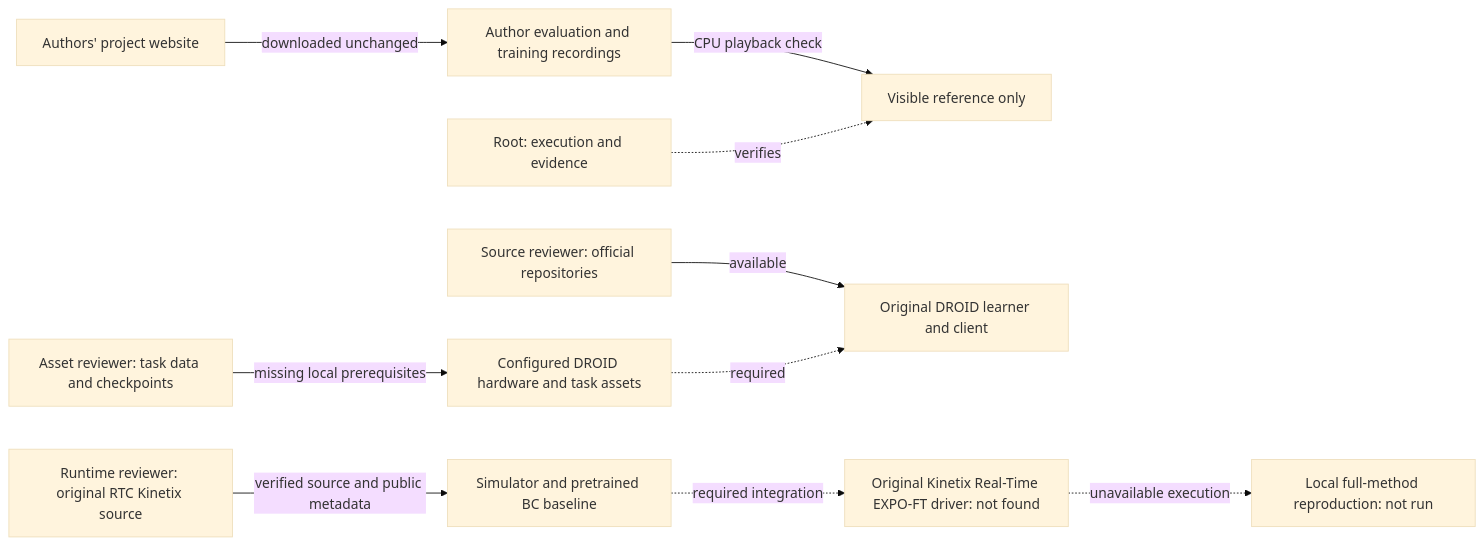
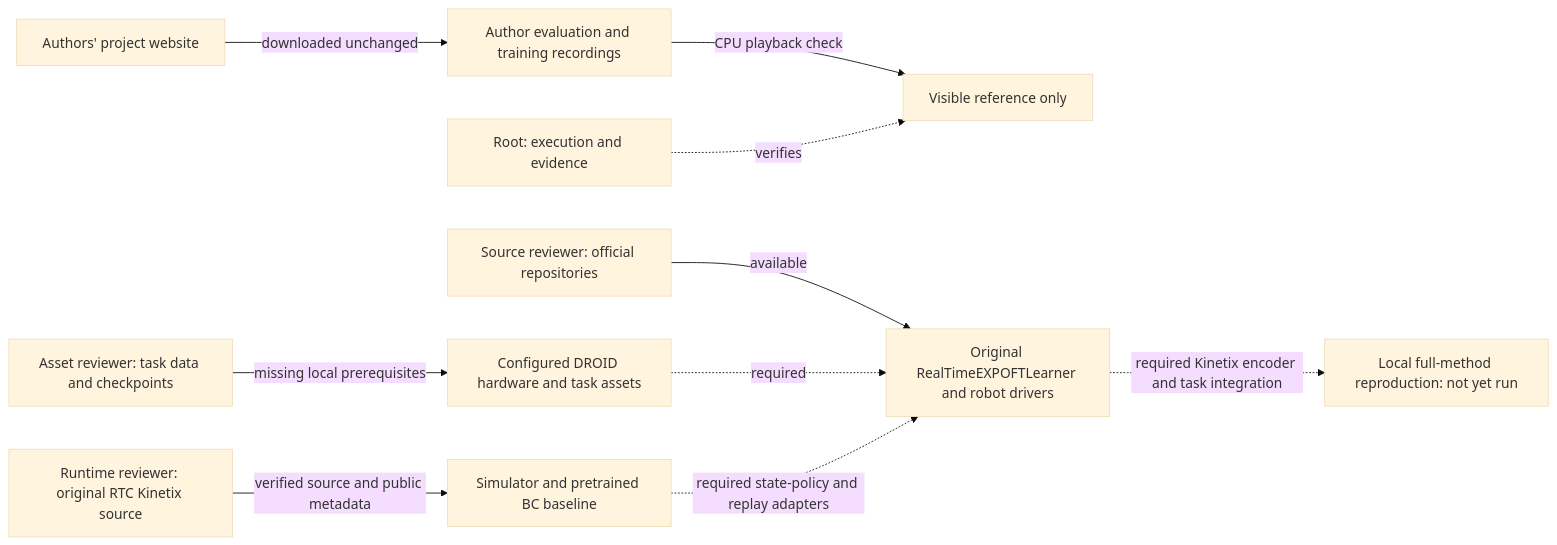
One commit to aditya9729/abc changed the diagram in docs/bench/REALTIME_AUTHOR_EXPERIMENTS_20261013.mmd. Above: the diagram before and after it, drawn with Mermaid (base theme). The commit also changed 3 other files, not shown here.

Commit message:
docs: correct Real-Time EXPO learner reuse boundary

```diff
--- a/docs/bench/REALTIME_AUTHOR_EXPERIMENTS_20261013.mmd
+++ b/docs/bench/REALTIME_AUTHOR_EXPERIMENTS_20261013.mmd
@@ -1,10 +1,10 @@
 flowchart LR
     W[Authors' project website] -->|downloaded unchanged| V[Author evaluation and training recordings]
     V -->|CPU playback check| P[Visible reference only]
     R[Root: execution and evidence] -. verifies .-> P
-    S[Source reviewer: official repositories] -->|available| D[Original DROID learner and client]
+    S[Source reviewer: official repositories] -->|available| D[Original RealTimeEXPOFTLearner and robot drivers]
     A[Asset reviewer: task data and checkpoints] -->|missing local prerequisites| H[Configured DROID hardware and task assets]
     H -. required .-> D
     K[Runtime reviewer: original RTC Kinetix source] -->|verified source and public metadata| B[Simulator and pretrained BC baseline]
-    B -. required integration .-> X[Original Kinetix Real-Time EXPO-FT driver: not found]
-    X -. unavailable execution .-> E[Local full-method reproduction: not run]
+    B -. required state-policy and replay adapters .-> D
+    D -. required Kinetix encoder and task integration .-> E[Local full-method reproduction: not yet run]
```
